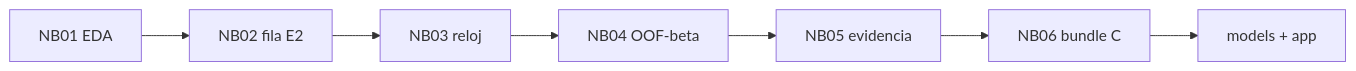
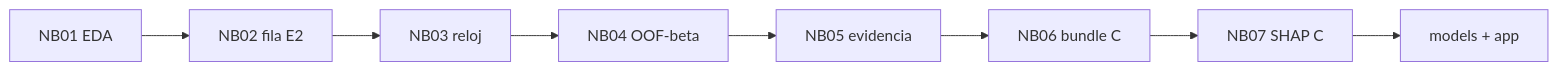
The diagram in MLProyectVault/visuals/n04-cadena-estado.mmd (mikelrh-dev/nasa-rul-ds02), drawn with Mermaid before and after one commit. The commit also changed 72 other files, not shown here.

```diff
--- a/MLProyectVault/visuals/n04-cadena-estado.mmd
+++ b/MLProyectVault/visuals/n04-cadena-estado.mmd
@@ -1,7 +1,8 @@
 flowchart LR
     A[NB01 EDA] --> B[NB02 fila E2]
     B --> C[NB03 reloj]
     C --> D[NB04 OOF-beta]
     D --> E[NB05 evidencia]
     E --> F[NB06 bundle C]
-    F --> G[models + app]
+    F --> H[NB07 SHAP C]
+    H --> G[models + app]
```
